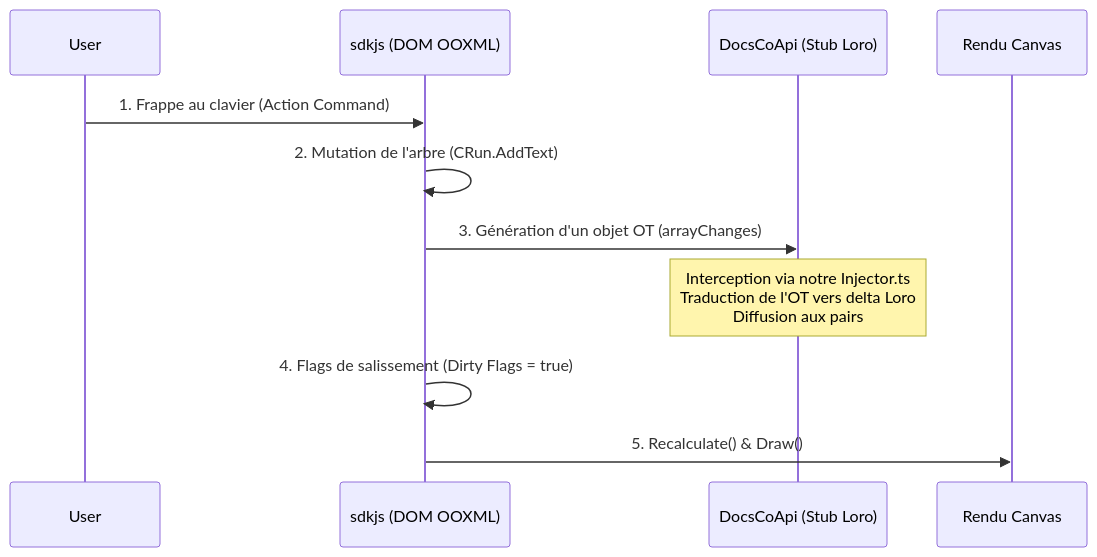
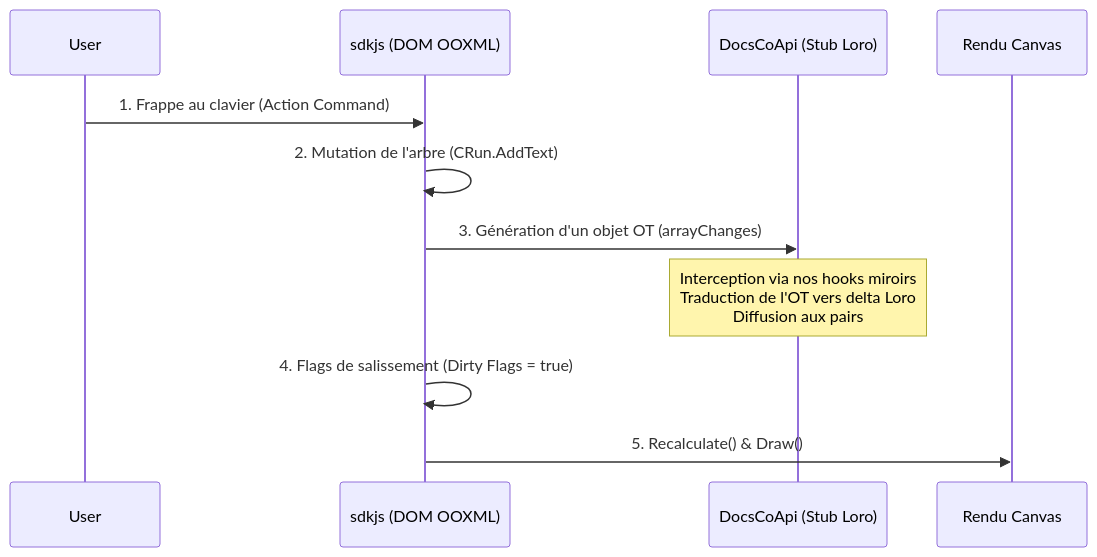
The second of 5 diagrams in loro_sync/architecture.md (yuntux/sdkjs), drawn with Mermaid before and after one commit. The commit also changed other lines of this file and 6 other files, not shown here.

First line of the commit message:
docs: finaliser l'architecture Loro et refondre l'adaptateur

````diff
--- a/loro_sync/architecture.md
+++ b/loro_sync/architecture.md
@@ -95,14 +95,14 @@
 ```mermaid
 sequenceDiagram
     participant User
     participant DOM as sdkjs (DOM OOXML)
     participant Loro as DocsCoApi (Stub Loro)
     participant Canvas as Rendu Canvas
 
     User->>DOM: 1. Frappe au clavier (Action Command)
     DOM->>DOM: 2. Mutation de l'arbre (CRun.AddText)
     DOM->>Loro: 3. Génération d'un objet OT (arrayChanges)
-    Note over Loro: Interception via notre Injector.ts<br/>Traduction de l'OT vers delta Loro<br/>Diffusion aux pairs
+    Note over Loro: Interception via nos hooks miroirs<br/>Traduction de l'OT vers delta Loro<br/>Diffusion aux pairs
     DOM->>DOM: 4. Flags de salissement (Dirty Flags = true)
     DOM->>Canvas: 5. Recalculate() & Draw()
 ```
````
